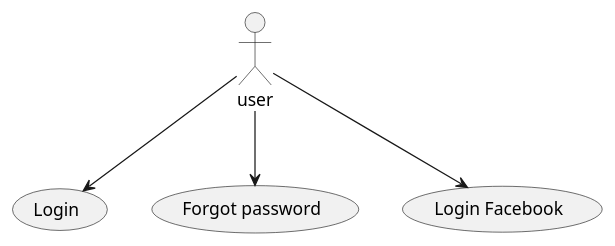
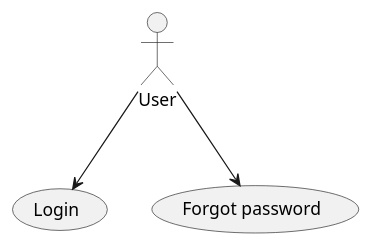
Before and after one commit to wladitrujillo/facturacion-api: the diagram in documentation/plantuml/autentification.pu, drawn with PlantUML. The commit also changed 1 other file, not shown here.

Commit message:
Fix plantuml

```diff
--- a/documentation/plantuml/autentification.pu
+++ b/documentation/plantuml/autentification.pu
@@ -1,7 +1,5 @@
 @startuml 
-user --> (Login)
-user --> (Forgot password)
-user -->(Login Facebook)
-
-
+"User" as User
+User --> (Login)
+User --> (Forgot password)
 @enduml
```
